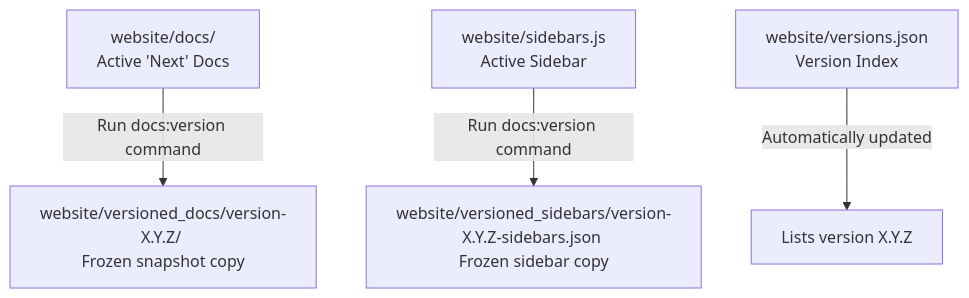
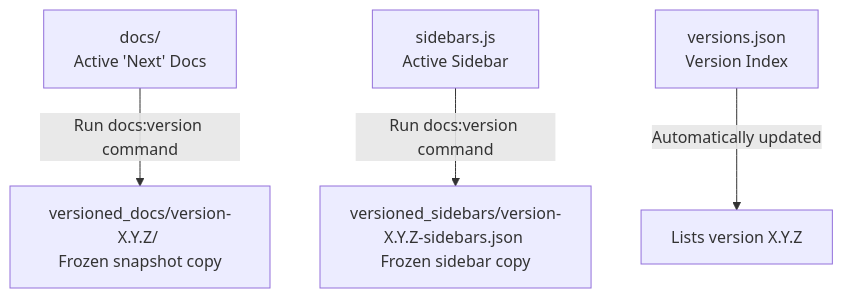
The second of 2 diagrams in versioned_docs/version-1.2.9/contributing/documentation-governance.md (CITOpenRep/TimeManagement_Docs), drawn with Mermaid before and after one commit. The commit also changed other lines of this file and 22 other files, not shown here.

````diff
--- a/versioned_docs/version-1.2.9/contributing/documentation-governance.md
+++ b/versioned_docs/version-1.2.9/contributing/documentation-governance.md
@@ -92,6 +92,6 @@
 ```mermaid
 flowchart TD
-    docs[website/docs/ <br>Active 'Next' Docs] -- Run docs:version command --> archive[website/versioned_docs/version-X.Y.Z/ <br>Frozen snapshot copy]
-    sidebars[website/sidebars.js <br>Active Sidebar] -- Run docs:version command --> archive_sb[website/versioned_sidebars/version-X.Y.Z-sidebars.json <br>Frozen sidebar copy]
-    versions[website/versions.json <br>Version Index] -- Automatically updated --> list[Lists version X.Y.Z]
+    docs[docs/ <br>Active 'Next' Docs] -- Run docs:version command --> archive[versioned_docs/version-X.Y.Z/ <br>Frozen snapshot copy]
+    sidebars[sidebars.js <br>Active Sidebar] -- Run docs:version command --> archive_sb[versioned_sidebars/version-X.Y.Z-sidebars.json <br>Frozen sidebar copy]
+    versions[versions.json <br>Version Index] -- Automatically updated --> list[Lists version X.Y.Z]
 ```
````
